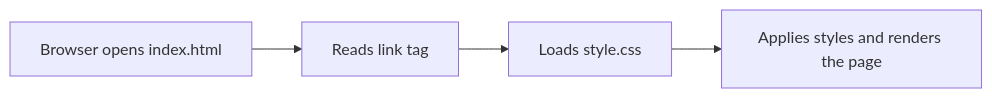
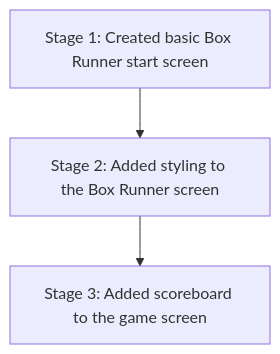
One commit to vedanta/box-runner changed the diagram in docs/architecture.md. Above: the diagram before and after it, drawn with Mermaid. The commit also changed other lines of this file and 9 other files, not shown here.

Commit message:
Stage 3: Add the Scoreboard

````diff
--- a/docs/architecture.md
+++ b/docs/architecture.md
@@ -16,6 +16,5 @@
 ```mermaid
-flowchart LR
-  A[Browser opens index.html] --> B[Reads link tag]
-  B --> C[Loads style.css]
-  C --> D[Applies styles and renders the page]
+flowchart TD
+  A[Stage 1: Created basic Box Runner start screen] --> B[Stage 2: Added styling to the Box Runner screen]
+  B --> C[Stage 3: Added scoreboard to the game screen]
 ```
````
